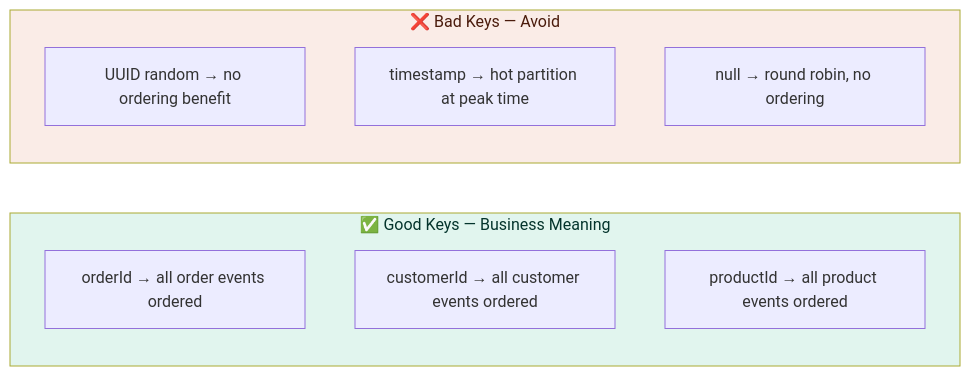
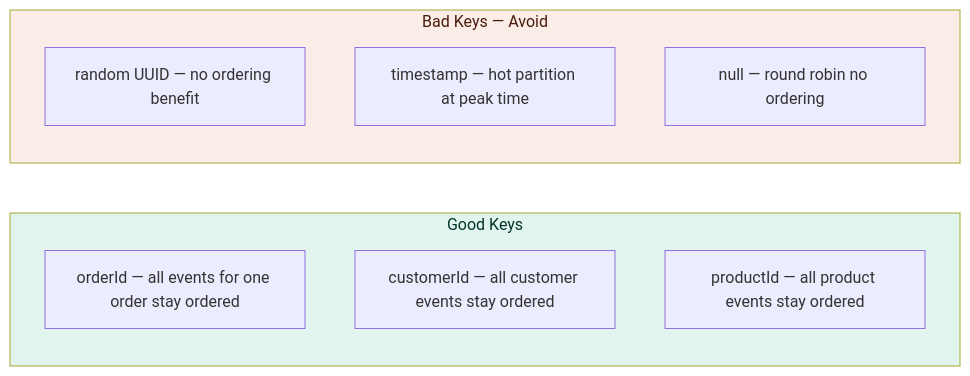
The eighth of 18 diagrams in kakfa/kafka_best_practices.md (rahulsaxena23-code/best-practice), drawn with Mermaid before and after one commit. The commit also changed other lines of this file, not shown here.

````diff
--- a/kakfa/kafka_best_practices.md
+++ b/kakfa/kafka_best_practices.md
@@ -457,16 +415,16 @@
 ```mermaid
-graph LR
-    subgraph GoodKeys["✅ Good Keys — Business Meaning"]
-        K1[orderId → all order events ordered]
-        K2[customerId → all customer events ordered]
-        K3[productId → all product events ordered]
+flowchart LR
+    subgraph GoodKeys["Good Keys"]
+        K1[orderId — all events for one order stay ordered]
+        K2[customerId — all customer events stay ordered]
+        K3[productId — all product events stay ordered]
     end
-    subgraph BadKeys["❌ Bad Keys — Avoid"]
-        K4[UUID random → no ordering benefit]
-        K5[timestamp → hot partition at peak time]
-        K6[null → round robin, no ordering]
+    subgraph BadKeys["Bad Keys — Avoid"]
+        K4[random UUID — no ordering benefit]
+        K5[timestamp — hot partition at peak time]
+        K6[null — round robin no ordering]
     end
 
     style GoodKeys fill:#E1F5EE,color:#04342C
     style BadKeys fill:#FAECE7,color:#4A1B0C
 ```
````
